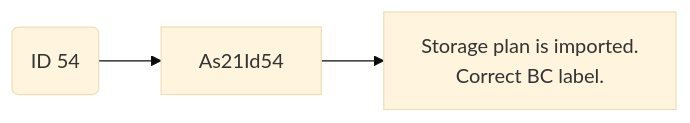
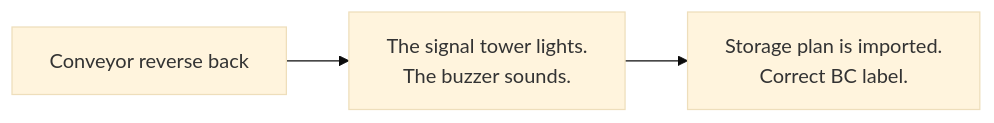
The eighth of 8 diagrams in Basic-Design/DFD-WMS/Storage/Unplanned-Storage/Irregular-Cases.md (luthfiadityaa/SimeDarby-Wiki), drawn with Mermaid (base theme) before and after one commit.

Commit message:
Updated Irregular Cases

```diff
--- a/Basic-Design/DFD-WMS/Storage/Unplanned-Storage/Irregular-Cases.md
+++ b/Basic-Design/DFD-WMS/Storage/Unplanned-Storage/Irregular-Cases.md
@@ -493,24 +493,19 @@
 ::: mermaid
 flowchart LR
 
-id50msg("
-ID 54
-")
-
-buttonlight["
+buttonlight2["
 The signal tower lights.
 The buzzer sounds.
 "]
 
-buttonlight["
+buttonlight1["
 Conveyor reverse back
 "]
 
-buttonlight["
+buttonlight3["
 Storage plan is imported.
 Correct BC label.
 "]
 
-id50msg --> As21Id54
-As21Id54 --> buttonlight
+buttonlight1-->buttonlight2-->buttonlight3
 :::
```
